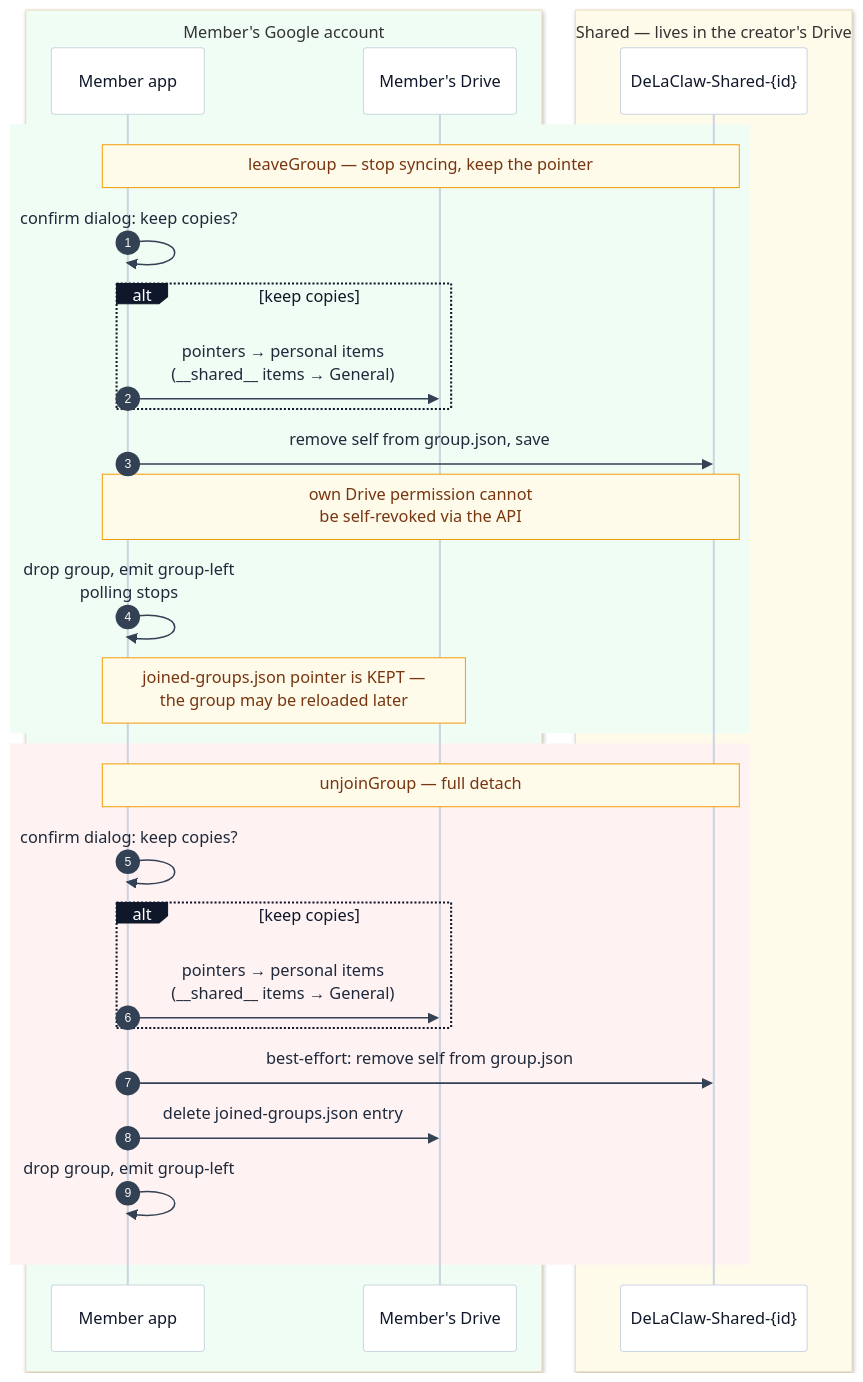
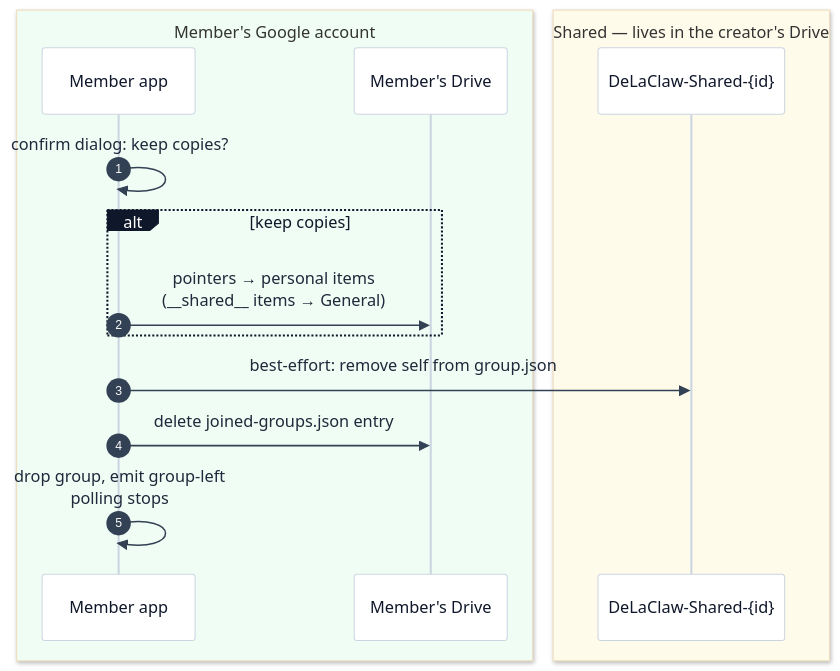
One commit to AntGro/DeLaClaw changed the sixth of 9 diagrams in docs-site/sharing.md. Above: the diagram before and after it, drawn with Mermaid. The commit also changed other lines of this file and 6 other files, not shown here.

First line of the commit message:
docs(sharing): target design — 14 decided questions in flows and contract

````diff
--- a/docs-site/sharing.md
+++ b/docs-site/sharing.md
@@ -250,35 +266,20 @@
 ```mermaid
 %%{init: {'theme': 'base', 'themeVariables': {'background': '#fbfaf8', 'actorBkg': '#ffffff', 'actorBorder': '#cbd5e1', 'actorTextColor': '#0f172a', 'actorLineColor': '#cbd5e1', 'signalColor': '#334155', 'signalTextColor': '#1e293b', 'noteBkgColor': '#fffbeb', 'noteBorderColor': '#f59e0b', 'noteTextColor': '#78350f', 'labelBoxBkgColor': '#0f172a', 'labelBoxBorderColor': '#0f172a', 'labelTextColor': '#ffffff'}}}%%
 sequenceDiagram
     autonumber
     box rgb(240,253,244) Member's Google account
     participant MA as Member app
     participant MD as Member's Drive
     end
     box rgb(255,251,235) Shared — lives in the creator's Drive
     participant SF as DeLaClaw-Shared-{id}
     end
 
-    rect rgb(240,253,244)
-    Note over MA,SF: leaveGroup — stop syncing, keep the pointer
-    MA->>MA: confirm dialog: keep copies?
-    alt keep copies
-    MA->>MD: pointers → personal items<br/>(__shared__ items → General)
-    end
-    MA->>SF: remove self from group.json, save
-    Note over MA,SF: own Drive permission cannot<br/>be self-revoked via the API
-    MA->>MA: drop group, emit group-left<br/>polling stops
-    Note over MA,MD: joined-groups.json pointer is KEPT —<br/>the group may be reloaded later
-    end
-
-    rect rgb(254,242,242)
-    Note over MA,SF: unjoinGroup — full detach
     MA->>MA: confirm dialog: keep copies?
     alt keep copies
     MA->>MD: pointers → personal items<br/>(__shared__ items → General)
     end
     MA->>SF: best-effort: remove self from group.json
     MA->>MD: delete joined-groups.json entry
-    MA->>MA: drop group, emit group-left
-    end
+    MA->>MA: drop group, emit group-left<br/>polling stops
 ```
````
